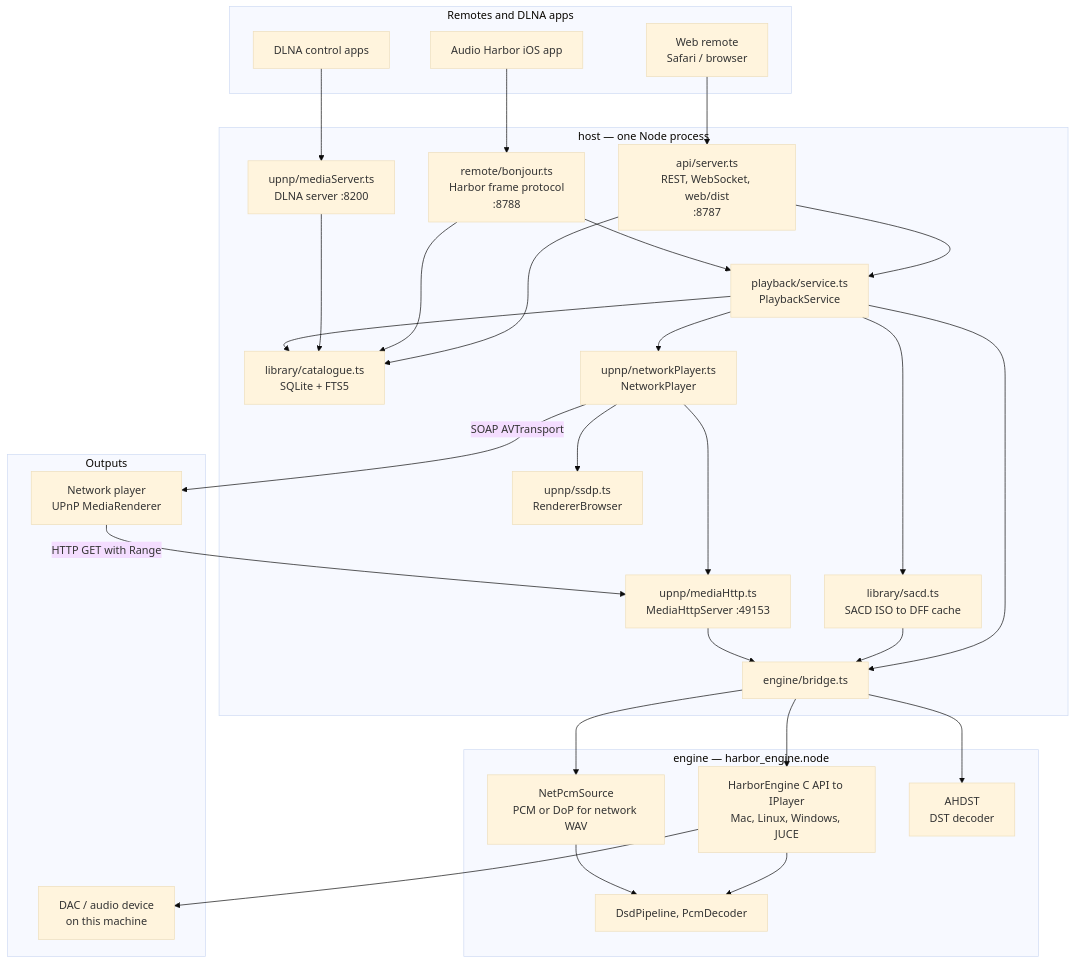
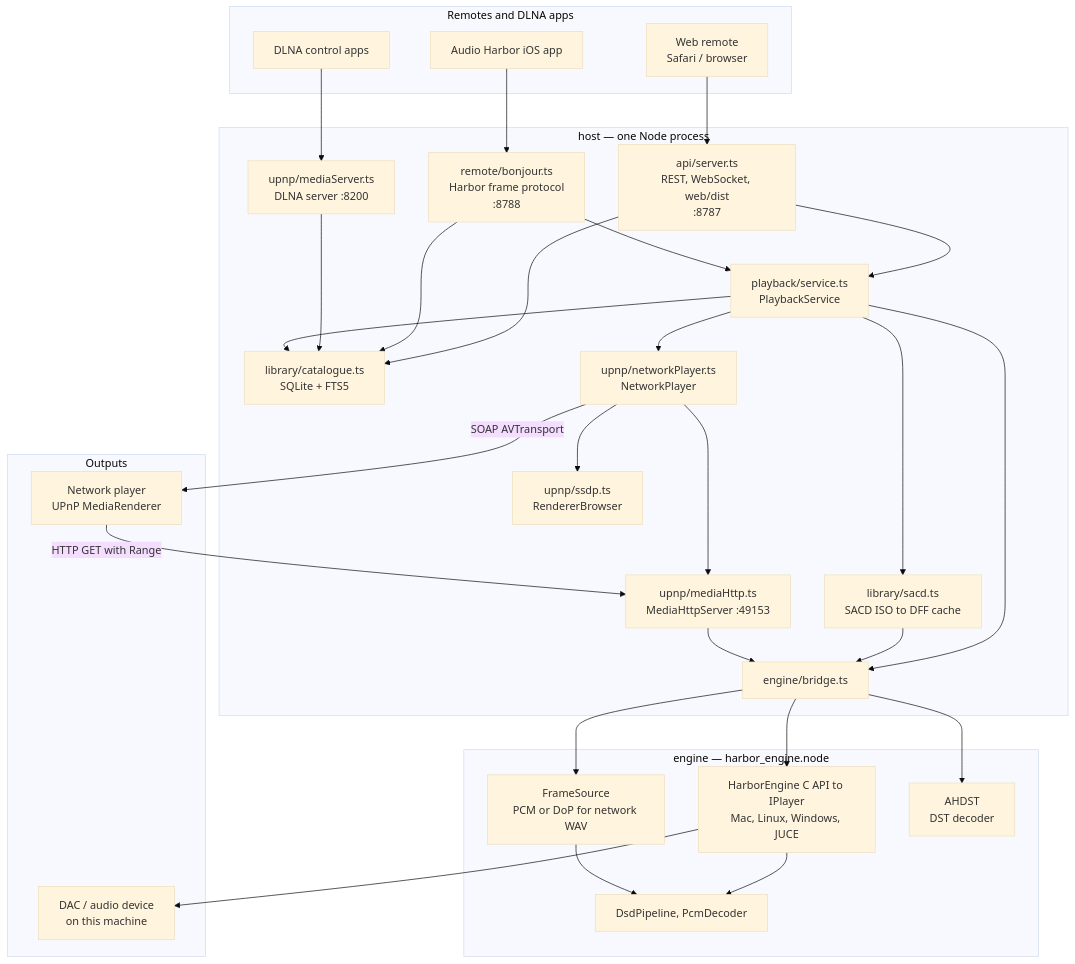
Before and after one commit to petergerov/audio-harbor-headless: the first of 2 diagrams in docs/ARCHITECTURE.md, drawn with Mermaid (base theme). The commit also changed other lines of this file and 18 other files, not shown here.

First line of the commit message:
Close architecture gaps: FrameSource playback, shuffle, rescan, DST DFF, DLNA.

````diff
--- a/docs/ARCHITECTURE.md
+++ b/docs/ARCHITECTURE.md
@@ -18,58 +18,58 @@
 ```mermaid
 flowchart TB
   subgraph clients["Remotes and DLNA apps"]
     webui["Web remote<br/>Safari / browser"]
     ios["Audio Harbor iOS app"]
     dlnaapp["DLNA control apps"]
   end
 
   subgraph host["host — one Node process"]
     api["api/server.ts<br/>REST, WebSocket, web/dist<br/>:8787"]
     bonjour["remote/bonjour.ts<br/>Harbor frame protocol<br/>:8788"]
     mediaserver["upnp/mediaServer.ts<br/>DLNA server :8200"]
     playback["playback/service.ts<br/>PlaybackService"]
     catalogue["library/catalogue.ts<br/>SQLite + FTS5"]
     sacd["library/sacd.ts<br/>SACD ISO to DFF cache"]
     netplayer["upnp/networkPlayer.ts<br/>NetworkPlayer"]
     ssdp["upnp/ssdp.ts<br/>RendererBrowser"]
     mediahttp["upnp/mediaHttp.ts<br/>MediaHttpServer :49153"]
     bridge["engine/bridge.ts"]
   end
 
   subgraph engine["engine — harbor_engine.node"]
     players["HarborEngine C API to IPlayer<br/>Mac, Linux, Windows, JUCE"]
-    netpcm["NetPcmSource<br/>PCM or DoP for network WAV"]
+    framesrc["FrameSource<br/>PCM or DoP for network WAV"]
     dst["AHDST<br/>DST decoder"]
     dsd["DsdPipeline, PcmDecoder"]
   end
 
   subgraph outputs["Outputs"]
     dac["DAC / audio device<br/>on this machine"]
     renderer["Network player<br/>UPnP MediaRenderer"]
   end
 
   webui --> api
   ios --> bonjour
   dlnaapp --> mediaserver
   api --> playback
   bonjour --> playback
   api --> catalogue
   bonjour --> catalogue
   mediaserver --> catalogue
   playback --> catalogue
   playback --> bridge
   playback --> netplayer
   playback --> sacd
   netplayer --> ssdp
   netplayer --> mediahttp
   sacd --> bridge
   mediahttp --> bridge
   bridge --> players
-  bridge --> netpcm
+  bridge --> framesrc
   bridge --> dst
   players --> dsd
-  netpcm --> dsd
+  framesrc --> dsd
   players --> dac
   netplayer -->|SOAP AVTransport| renderer
   renderer -->|HTTP GET with Range| mediahttp
 ```
````
